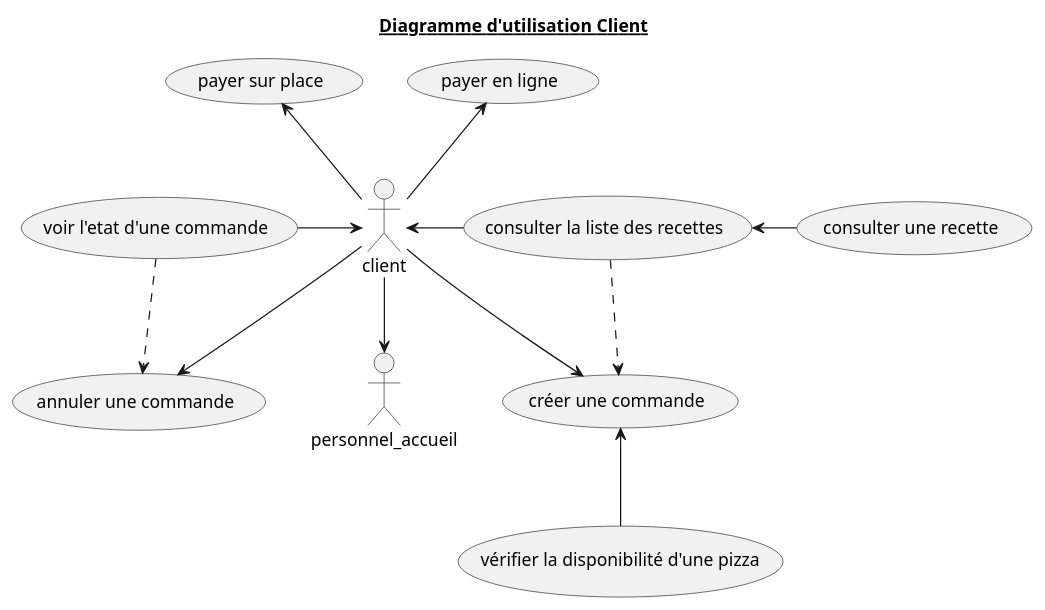
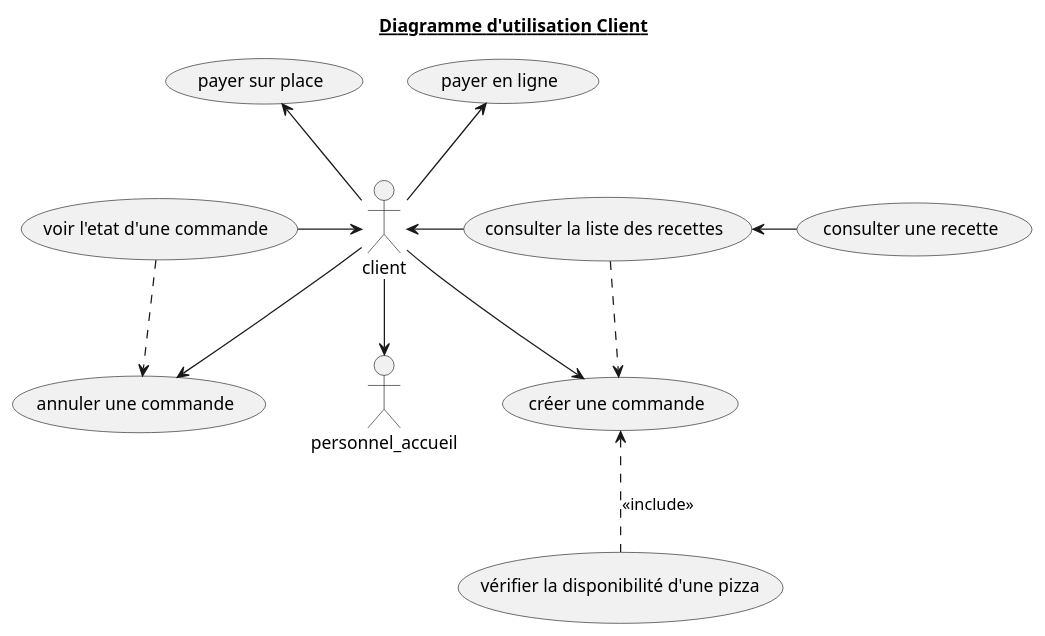
The diagram in doc/uml/2_Client_UseCaseDiagram.puml (Zepmanbc/oc_dapython_pr4), drawn with PlantUML before and after one commit. The commit also changed 30 other files, not shown here.

```diff
--- a/doc/uml/2_Client_UseCaseDiagram.puml
+++ b/doc/uml/2_Client_UseCaseDiagram.puml
@@ -1,35 +1,35 @@
 @startuml 2_Client_UseCaseDiagram
 
 title <u>Diagramme d'utilisation Client</u>
 actor client as CUSTOMER
 actor personnel_accueil as ACCUEIL
 
 'COMMANDES
     (créer une commande) AS CREATE_CMD
     (voir l'etat d'une commande) AS SHOW_STATE_CMD
     (payer en ligne) AS PAY_ONLINE_CMD
     (payer sur place) AS PAY_STORE_CMD
     (annuler une commande) AS CANCEL_CMD
 
 ' RECETTE
     (consulter la liste des recettes) AS LIST_RECIPE
     (consulter une recette) AS SHOW_RECIPE
     (vérifier la disponibilité d'une pizza) AS AVAIL_RECIPE
 
 ' INGREDIENTS
 
 CUSTOMER --> CREATE_CMD
 CUSTOMER <-r- LIST_RECIPE
 CUSTOMER <-l- SHOW_STATE_CMD
 CUSTOMER --> CANCEL_CMD
 CUSTOMER -u-> PAY_ONLINE_CMD
 CUSTOMER -u-> PAY_STORE_CMD
 CUSTOMER -d-> ACCUEIL
 
-CREATE_CMD <-- AVAIL_RECIPE
+CREATE_CMD <.. AVAIL_RECIPE : <<include>>
 LIST_RECIPE ..> CREATE_CMD
 LIST_RECIPE <-r- SHOW_RECIPE
 
 SHOW_STATE_CMD ..> CANCEL_CMD
 
 @enduml
```
